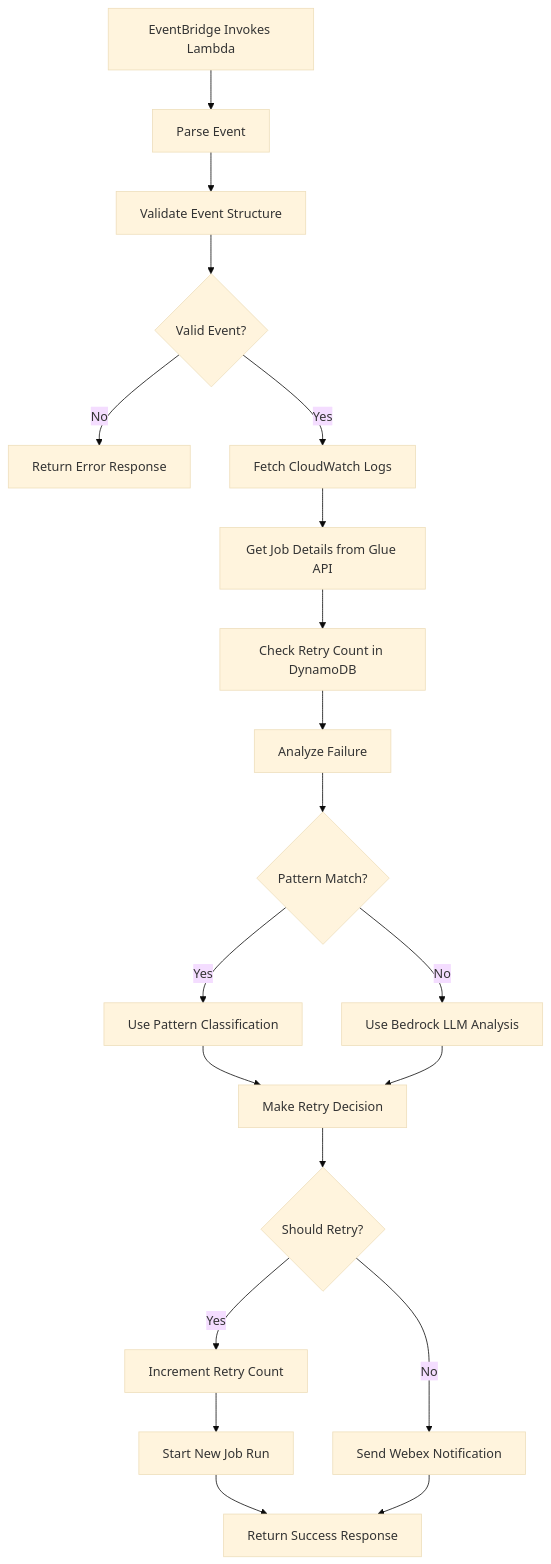
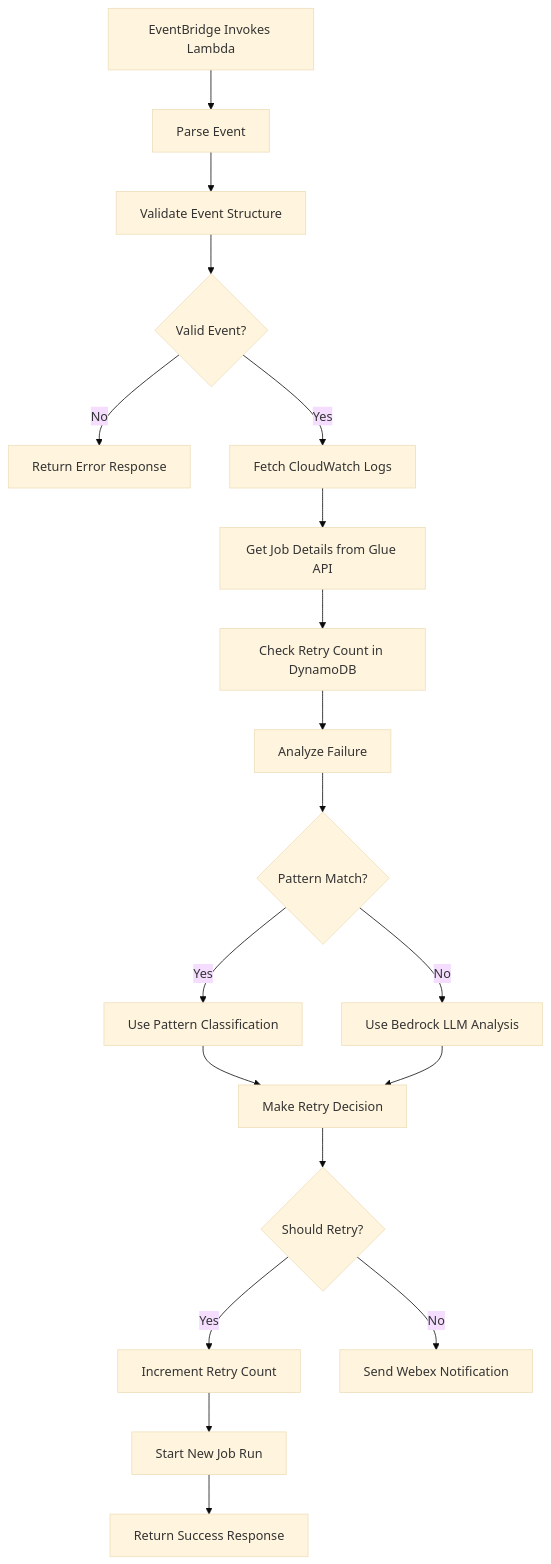
One commit to Sasikala266/Failure-Retry-Automation-For-Glue-docs changed the diagram in docs/lambda-function.md. Above: the diagram before and after it, drawn with Mermaid (base theme). The commit also changed other lines of this file and 2 other files, not shown here.

Commit message:
[skip ci] Fix Mermaid diagram rendering in documentation

````diff
--- a/docs/lambda-function.md
+++ b/docs/lambda-function.md
@@ -24,22 +27,21 @@
-```mermaid
+<div class="mermaid">
 graph TD
     A[EventBridge Invokes Lambda] --> B[Parse Event]
     B --> C[Validate Event Structure]
     C --> D{Valid Event?}
     D -->|No| E[Return Error Response]
     D -->|Yes| F[Fetch CloudWatch Logs]
     F --> G[Get Job Details from Glue API]
     G --> H[Check Retry Count in DynamoDB]
     H --> I[Analyze Failure]
     I --> J{Pattern Match?}
     J -->|Yes| K[Use Pattern Classification]
     J -->|No| L[Use Bedrock LLM Analysis]
     K --> M[Make Retry Decision]
     L --> M
     M --> N{Should Retry?}
     N -->|Yes| O[Increment Retry Count]
     O --> P[Start New Job Run]
     P --> Q[Return Success Response]
     N -->|No| R[Send Webex Notification]
-    R --> Q
-```
+</div>
````
